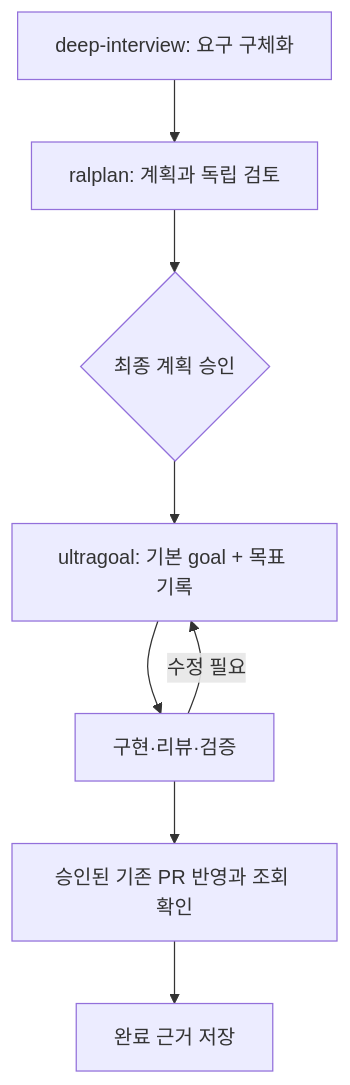
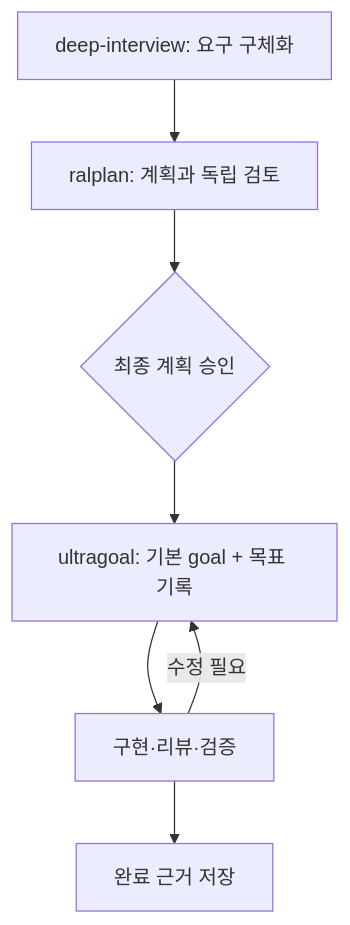
The diagram in README.ko.md (S-jooyoung/oh-my-joy), drawn with Mermaid before and after one commit. The commit also changed other lines of this file and 398 other files, not shown here.

````diff
--- a/README.ko.md
+++ b/README.ko.md
@@ -230,10 +256,9 @@
 ```mermaid
 flowchart TD
     DI["deep-interview: 요구 구체화"] --> RP["ralplan: 계획과 독립 검토"]
     RP --> A{"최종 계획 승인"}
     A --> U["ultragoal: 기본 goal + 목표 기록"]
     U --> R["구현·리뷰·검증"]
     R -->|"수정 필요"| U
-    R --> D["승인된 기존 PR 반영과 조회 확인"]
-    D --> C["완료 근거 저장"]
+    R --> C["완료 근거 저장"]
 ```
````
